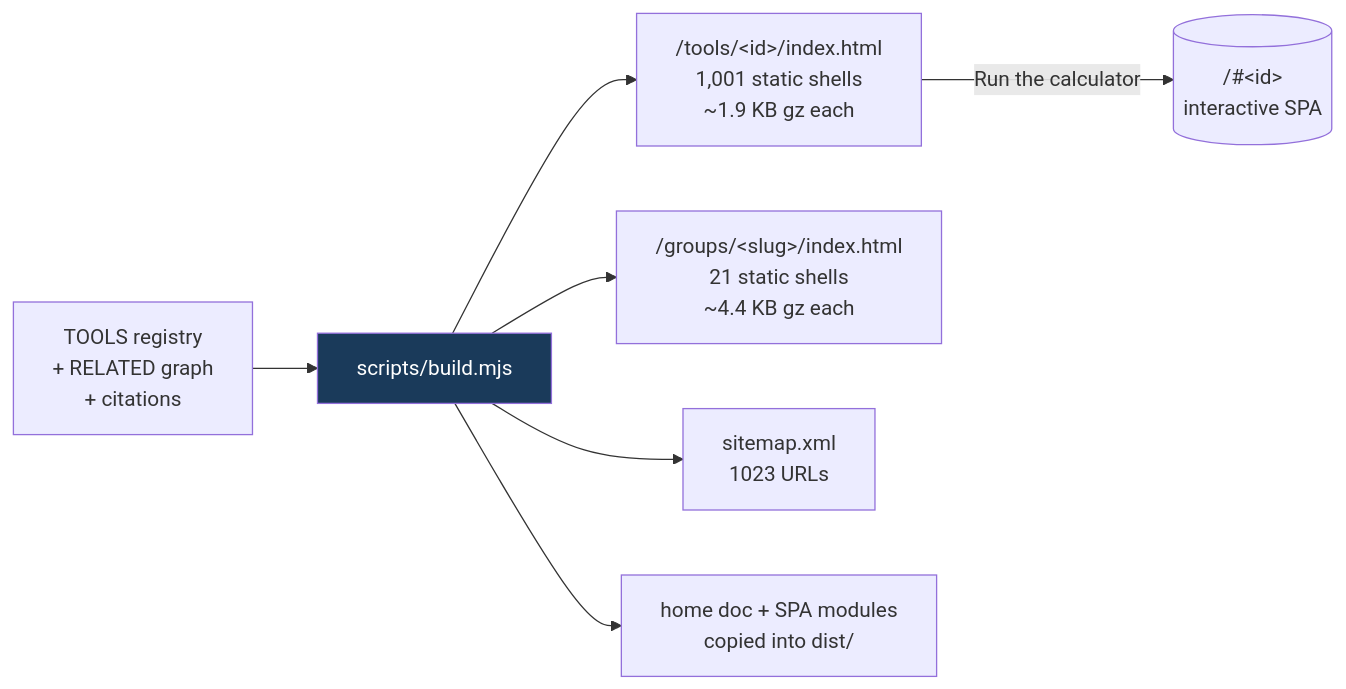
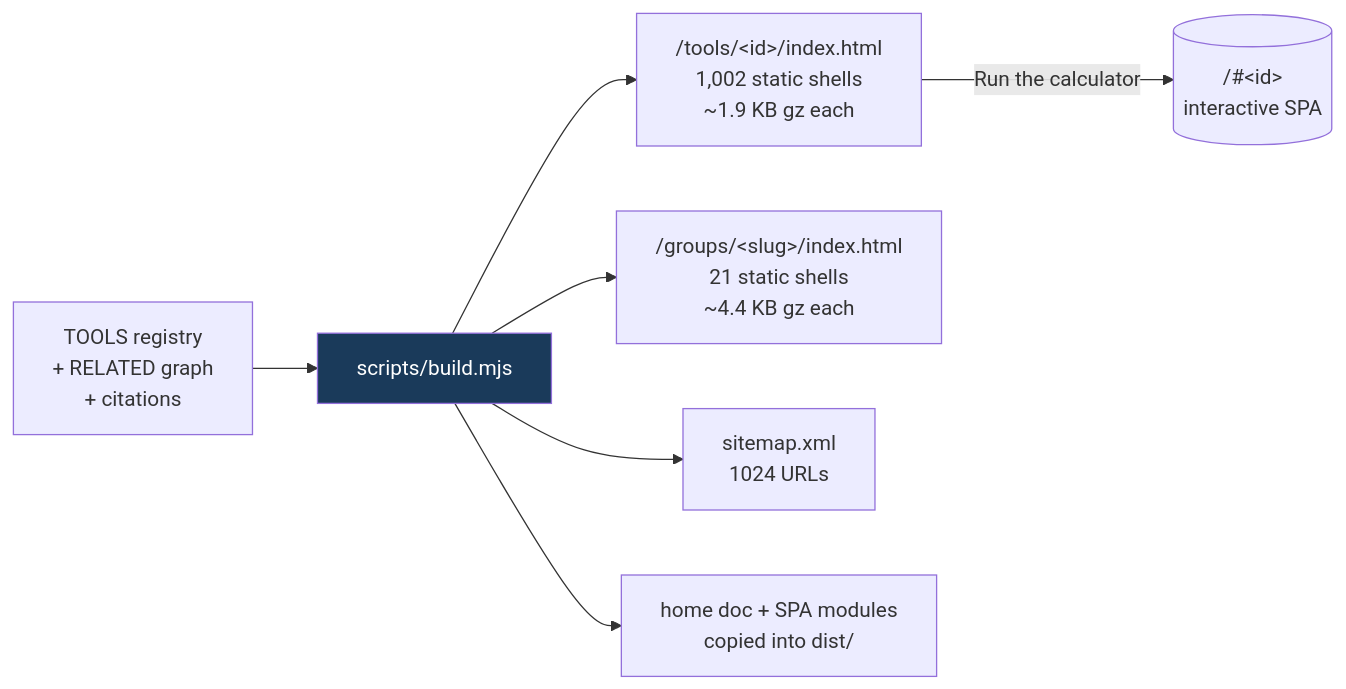
Before and after one commit to clay-good/roughlogic.com: the fifth of 8 diagrams in README.md, drawn with Mermaid. The commit also changed other lines of this file and 14 other files, not shown here.

````diff
--- a/README.md
+++ b/README.md
@@ -495,10 +495,10 @@
 ```mermaid
 flowchart LR
     SRC[TOOLS registry\n+ RELATED graph\n+ citations] --> BUILD[scripts/build.mjs]
-    BUILD --> TILE["/tools/&lt;id&gt;/index.html\n1,001 static shells\n~1.9 KB gz each"]
+    BUILD --> TILE["/tools/&lt;id&gt;/index.html\n1,002 static shells\n~1.9 KB gz each"]
     BUILD --> GROUP["/groups/&lt;slug&gt;/index.html\n21 static shells\n~4.4 KB gz each"]
-    BUILD --> MAP["sitemap.xml\n1023 URLs"]
+    BUILD --> MAP["sitemap.xml\n1024 URLs"]
     BUILD --> COPY[home doc + SPA modules\ncopied into dist/]
     TILE -->|Run the calculator| SPA[("/#&lt;id&gt;\ninteractive SPA")]
     style BUILD fill:#1a3a5a,color:#fff
 ```
````
